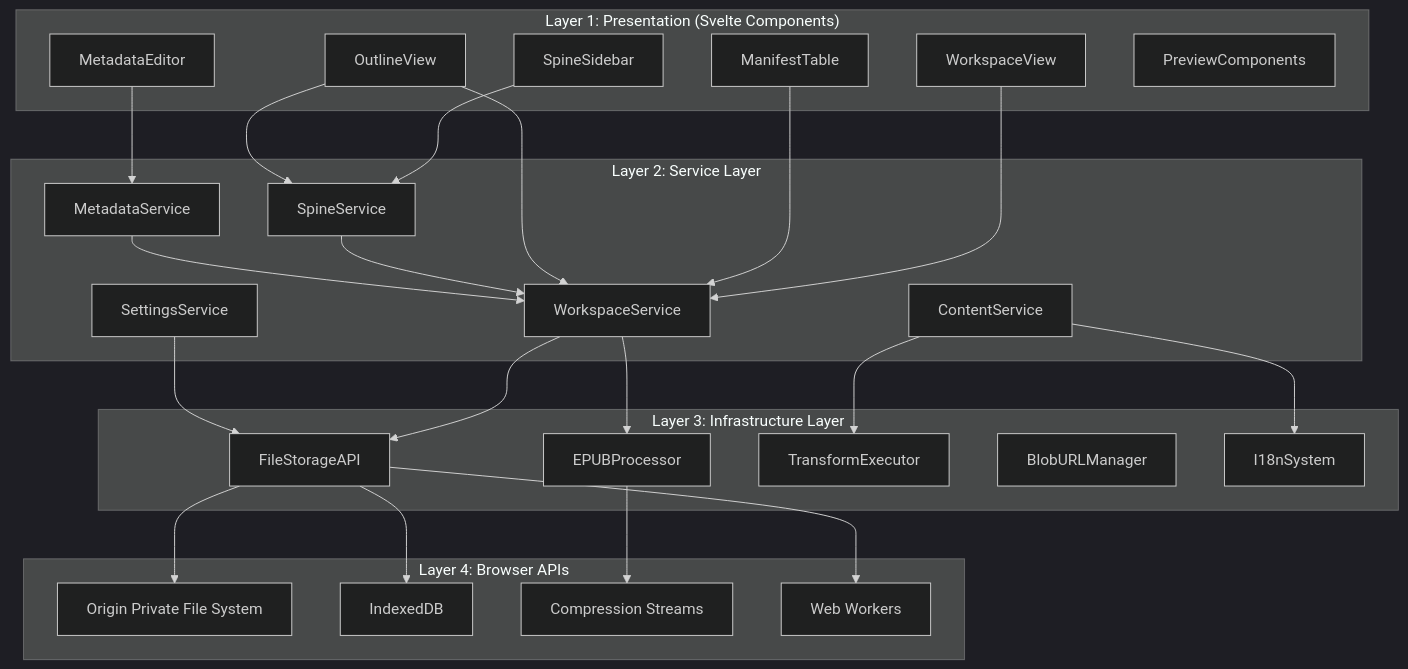
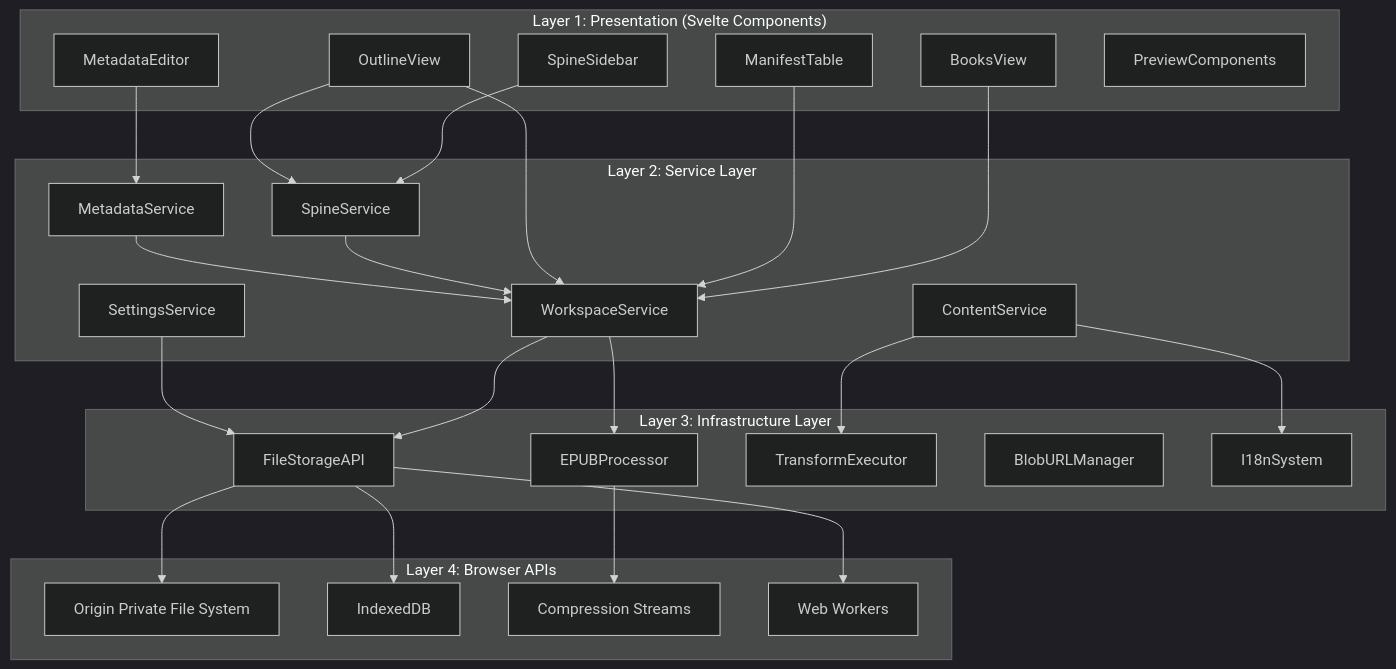
One commit to stewarthaines/seed-html changed the first of 7 diagrams in docs/ARCHITECTURE.md. Above: the diagram before and after it, drawn with Mermaid (dark theme). The commit also changed 11 other files, not shown here.

````diff
--- a/docs/ARCHITECTURE.md
+++ b/docs/ARCHITECTURE.md
@@ -42,54 +42,54 @@
 ```mermaid
 graph TB
     subgraph "Layer 1: Presentation (Svelte Components)"
-        UI1[WorkspaceView]
+        UI1[BooksView]
         UI2[ManifestTable]
         UI3[MetadataEditor]
         UI4[SpineSidebar]
         UI5[OutlineView]
         UI6[PreviewComponents]
     end
 
     subgraph "Layer 2: Service Layer"
         WS[WorkspaceService]
         CS[ContentService]
         SS[SettingsService]
         SPS[SpineService]
         MS[MetadataService]
     end
 
     subgraph "Layer 3: Infrastructure Layer"
         FSA[FileStorageAPI]
         EPUB[EPUBProcessor]
         TE[TransformExecutor]
         BUM[BlobURLManager]
         I18N[I18nSystem]
     end
 
     subgraph "Layer 4: Browser APIs"
         OPFS[Origin Private File System]
         IDB[IndexedDB]
         CSA[Compression Streams]
         WW[Web Workers]
     end
 
     UI1 --> WS
     UI2 --> WS
     UI3 --> MS
     UI4 --> SPS
     UI5 --> WS
     UI5 --> SPS
 
     WS --> FSA
     WS --> EPUB
     CS --> TE
     CS --> I18N
     SS --> FSA
     SPS --> WS
     MS --> WS
 
     FSA --> OPFS
     FSA --> IDB
     FSA --> WW
     EPUB --> CSA
 ```
````
